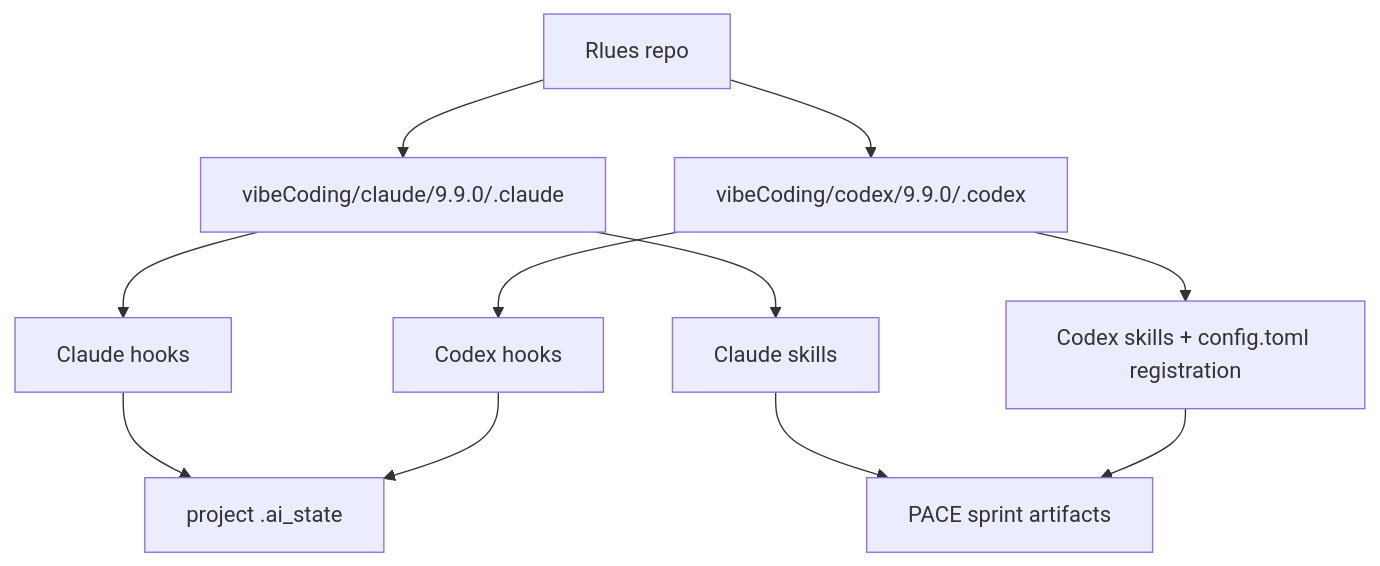
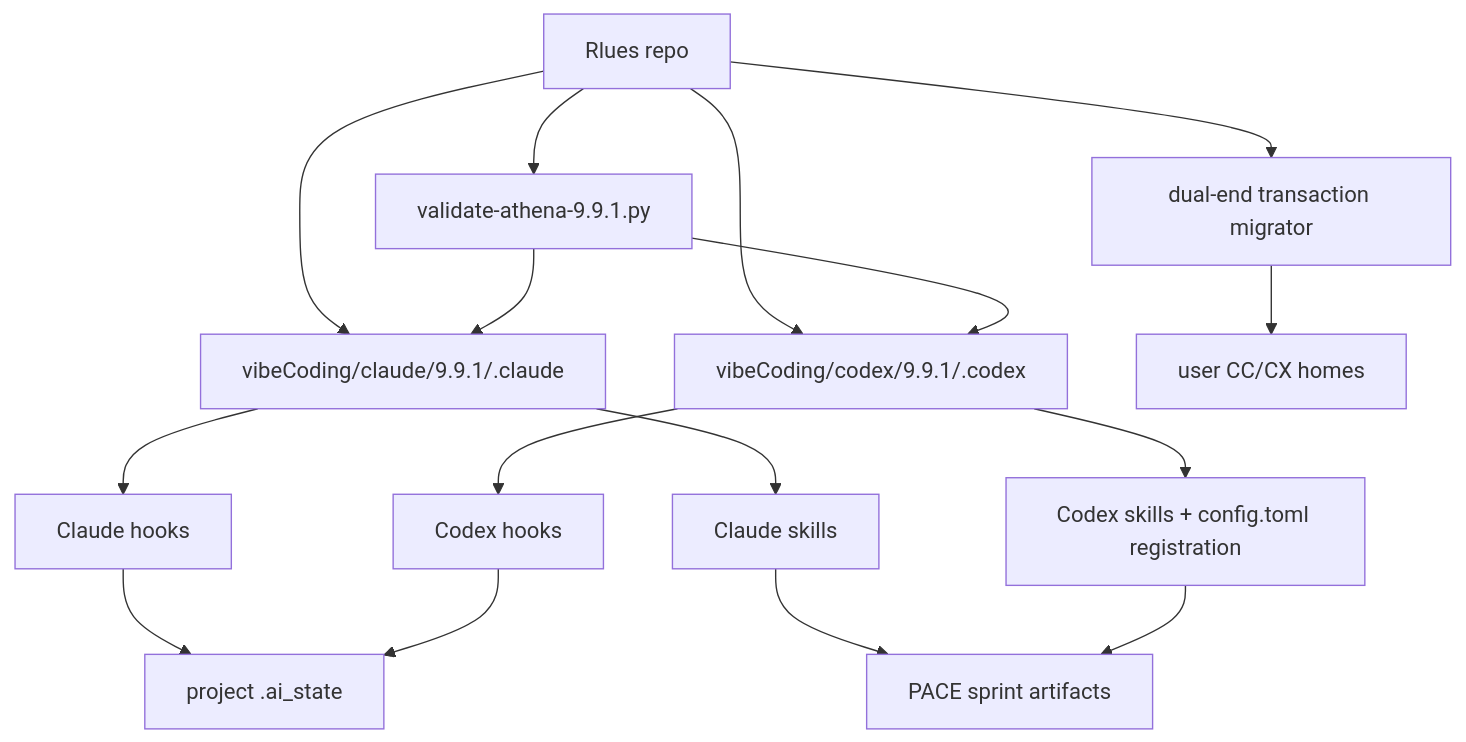
The first of 2 diagrams in .ai_state/architecture/ARCHITECTURE.md (WenJunDuan/Rlues), drawn with Mermaid before and after one commit. The commit also changed other lines of this file and 268 other files, not shown here.

Commit message:
feat(athena): release v9.9.1 for Codex 0.144.1

````diff
--- a/.ai_state/architecture/ARCHITECTURE.md
+++ b/.ai_state/architecture/ARCHITECTURE.md
@@ -15,13 +15,18 @@
 ```mermaid
 graph TD
-    Repo["Rlues repo"] --> ClaudePkg["vibeCoding/claude/9.9.0/.claude"]
-    Repo --> CodexPkg["vibeCoding/codex/9.9.0/.codex"]
+    Repo["Rlues repo"] --> ClaudePkg["vibeCoding/claude/9.9.1/.claude"]
+    Repo --> CodexPkg["vibeCoding/codex/9.9.1/.codex"]
+    Repo --> Validator["validate-athena-9.9.1.py"]
+    Repo --> Migrator["dual-end transaction migrator"]
     ClaudePkg --> CCHooks["Claude hooks"]
     CodexPkg --> CXHooks["Codex hooks"]
     ClaudePkg --> CCSkills["Claude skills"]
     CodexPkg --> CXSkills["Codex skills + config.toml registration"]
     CCHooks --> AIState["project .ai_state"]
     CXHooks --> AIState
     CCSkills --> Sprint["PACE sprint artifacts"]
     CXSkills --> Sprint
+    Validator --> ClaudePkg
+    Validator --> CodexPkg
+    Migrator --> UserHome["user CC/CX homes"]
 ```
````
